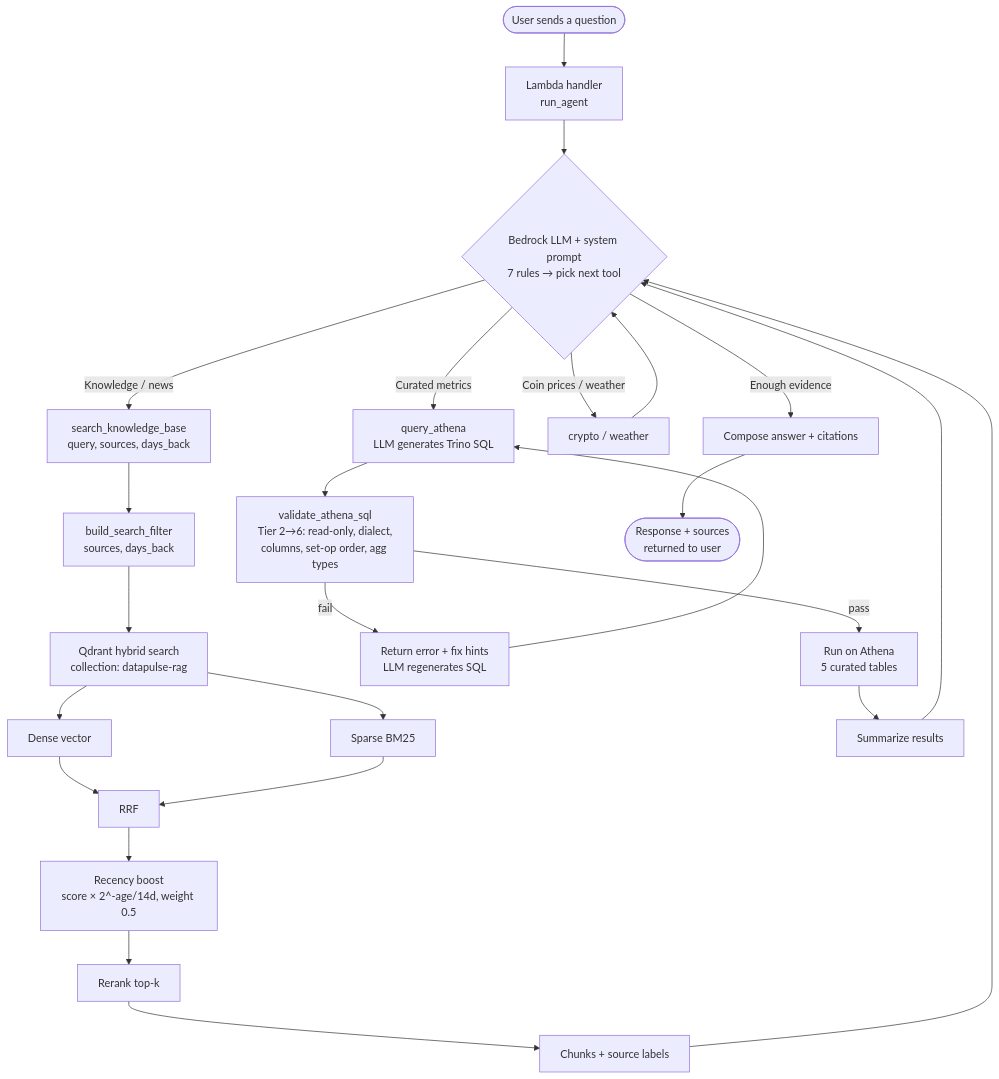
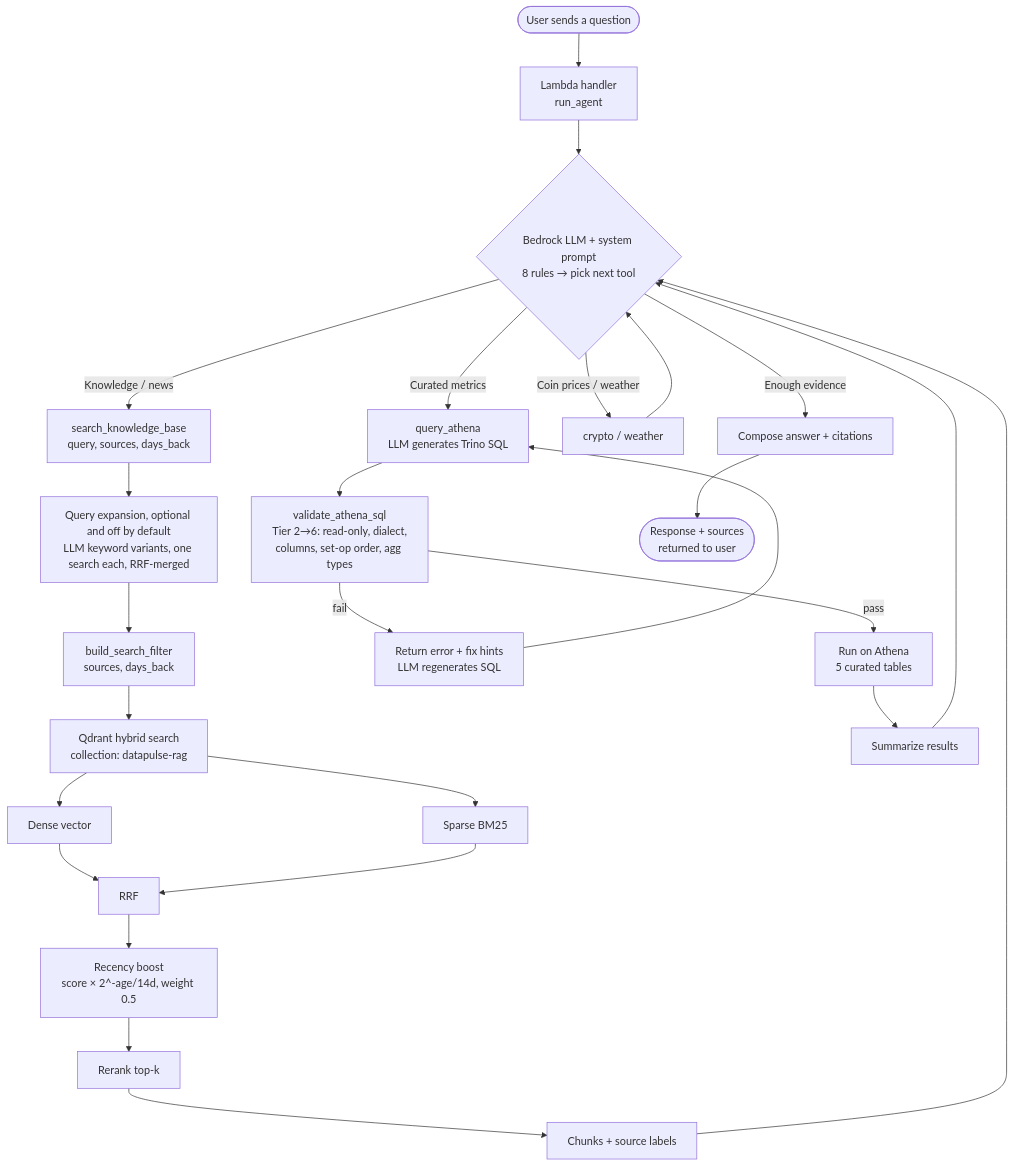
One commit to coderuit3k/realtime-data-pipeline changed the second of 2 diagrams in README.md. Above: the diagram before and after it, drawn with Mermaid. The commit also changed other lines of this file and 8 other files, not shown here.

Commit message:
add query expansion, add score after using query expansion into README.md and eval/README.md

````diff
--- a/README.md
+++ b/README.md
@@ -82,31 +82,32 @@
 ```mermaid
 flowchart TD
     U([User sends a question]) --> H[Lambda handler<br/>run_agent]
-    H --> L1{Bedrock LLM + system prompt<br/>7 rules → pick next tool}
+    H --> L1{Bedrock LLM + system prompt<br/>8 rules → pick next tool}
 
     L1 -->|Knowledge / news| SKB[search_knowledge_base<br/>query, sources, days_back]
     L1 -->|Curated metrics| ATH[query_athena<br/>LLM generates Trino SQL]
     L1 -->|Coin prices / weather| OT[crypto / weather]
     L1 -->|Enough evidence| ANS[Compose answer + citations]
 
-    SKB --> F[build_search_filter<br/>sources, days_back]
+    SKB --> EXP[Query expansion, optional and off by default<br/>LLM keyword variants, one search each, RRF-merged]
+    EXP --> F[build_search_filter<br/>sources, days_back]
     F --> Q[Qdrant hybrid search<br/>collection: datapulse-rag]
     Q --> DV[Dense vector]
     Q --> BM[Sparse BM25]
     DV --> RRF[RRF]
     BM --> RRF
     RRF --> RB[Recency boost<br/>score × 2^-age/14d, weight 0.5]
     RB --> RR[Rerank top-k]
     RR --> CTX[Chunks + source labels]
     CTX --> L1
 
     ATH --> VG[validate_athena_sql<br/>Tier 2→6: read-only, dialect,<br/>columns, set-op order, agg types]
     VG -->|fail| FIX[Return error + fix hints<br/>LLM regenerates SQL]
     FIX --> ATH
     VG -->|pass| EXE[Run on Athena<br/>5 curated tables]
     EXE --> SUM[Summarize results]
     SUM --> L1
 
     OT --> L1
     ANS --> R([Response + sources<br/>returned to user])
 ```
````
